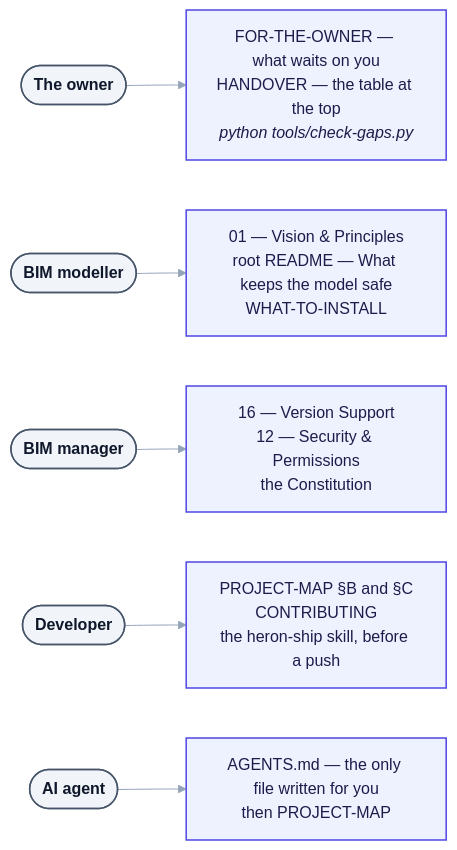
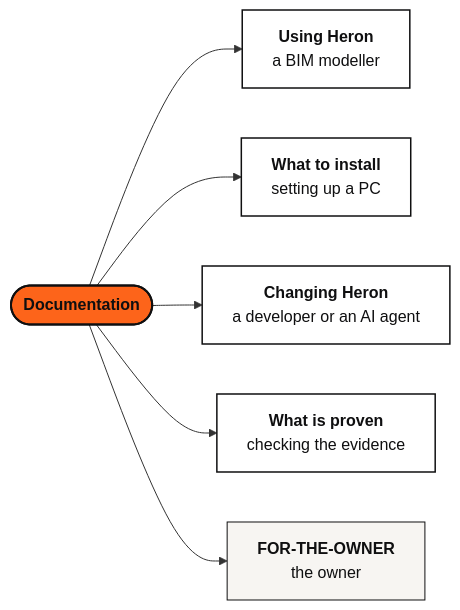
One commit to Ajmalpshaik/Heron-AI changed the diagram in docs/README.md. Above: the diagram before and after it, drawn with Mermaid. The commit also changed other lines of this file and 13 other files, not shown here.

First line of the commit message:
Docs: README becomes a landing page; short linked guide pages with brand diagrams

````diff
--- a/docs/README.md
+++ b/docs/README.md
@@ -32,14 +15,22 @@
 ```mermaid
-%%{init: {"themeVariables": {"edgeLabelBackground":"#F1F5F9","lineColor":"#94A3B8","textColor":"#0F172A","tertiaryTextColor":"#0F172A"}}}%%
 flowchart LR
-    OW(["<b>The owner</b>"]) --> OWD["FOR-THE-OWNER — what waits on you<br/>HANDOVER — the table at the top<br/><i>python tools/check-gaps.py</i>"]
-    MO(["<b>BIM modeller</b>"]) --> MOD["01 — Vision &amp; Principles<br/>root README — What keeps the model safe<br/>WHAT-TO-INSTALL"]
-    MG(["<b>BIM manager</b>"]) --> MGD["16 — Version Support<br/>12 — Security &amp; Permissions<br/>the Constitution"]
-    DV(["<b>Developer</b>"]) --> DVD["PROJECT-MAP §B and §C<br/>CONTRIBUTING<br/>the heron-ship skill, before a push"]
-    AI(["<b>AI agent</b>"]) --> AID["AGENTS.md — the only file written for you<br/>then PROJECT-MAP"]
+    H(["<b>Documentation</b>"])
+    MO["<b>Using Heron</b><br/>a BIM modeller"]
+    PC["<b>What to install</b><br/>setting up a PC"]
+    DV["<b>Changing Heron</b><br/>a developer or an AI agent"]
+    PR["<b>What is proven</b><br/>checking the evidence"]
+    OW["<b>FOR-THE-OWNER</b><br/>the owner"]
 
-    classDef user fill:#F1F5F9,stroke:#475569,stroke-width:1.5px,color:#0F172A
-    classDef host fill:#EEF2FF,stroke:#4F46E5,stroke-width:1.5px,color:#1E1B4B
-    class OW,MO,MG,DV,AI user
-    class OWD,MOD,MGD,DVD,AID host
+    H --> MO
+    H --> PC
+    H --> DV
+    H --> PR
+    H --> OW
+
+    classDef heron fill:#FD641A,stroke:#0F0F10,stroke-width:2px,color:#0F0F10
+    classDef host fill:#FFFFFF,stroke:#0F0F10,stroke-width:1.5px,color:#0F0F10
+    classDef quiet fill:#F7F5F2,stroke:#0F0F10,stroke-width:1px,color:#0F0F10
+    class H heron
+    class MO,PC,DV,PR host
+    class OW quiet
 ```
````
